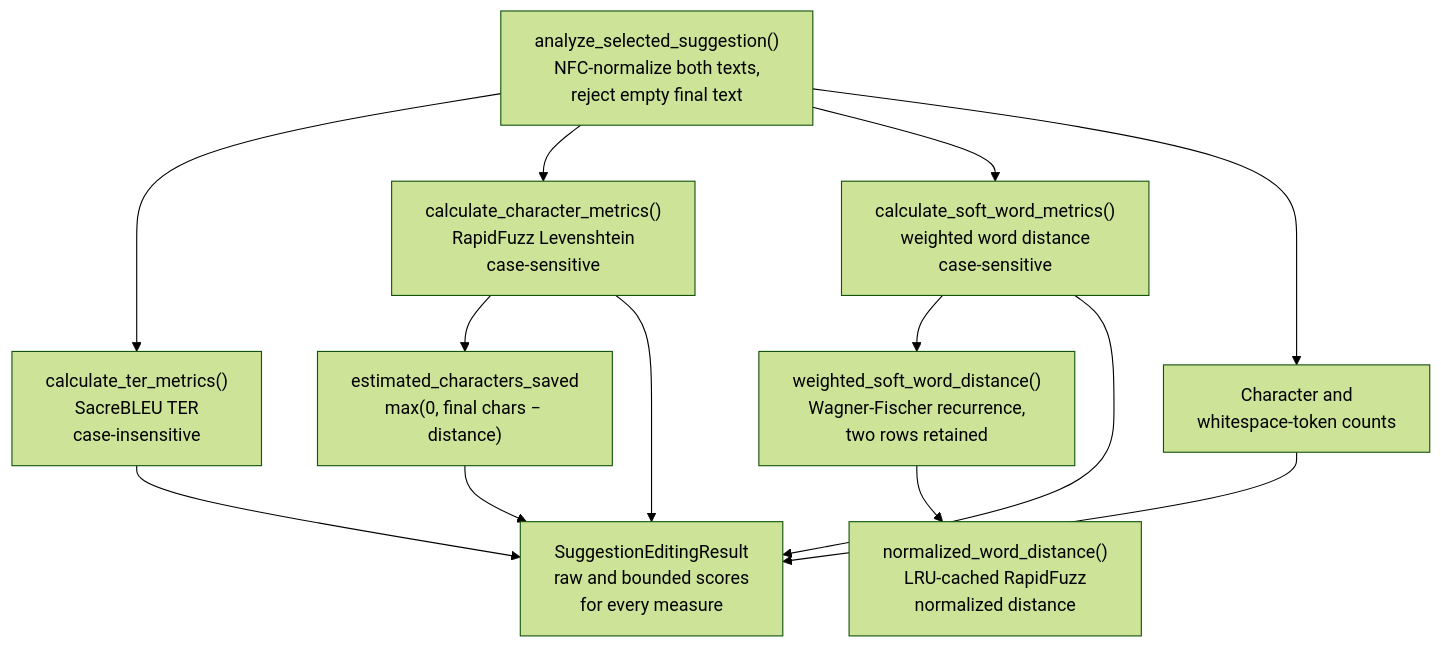
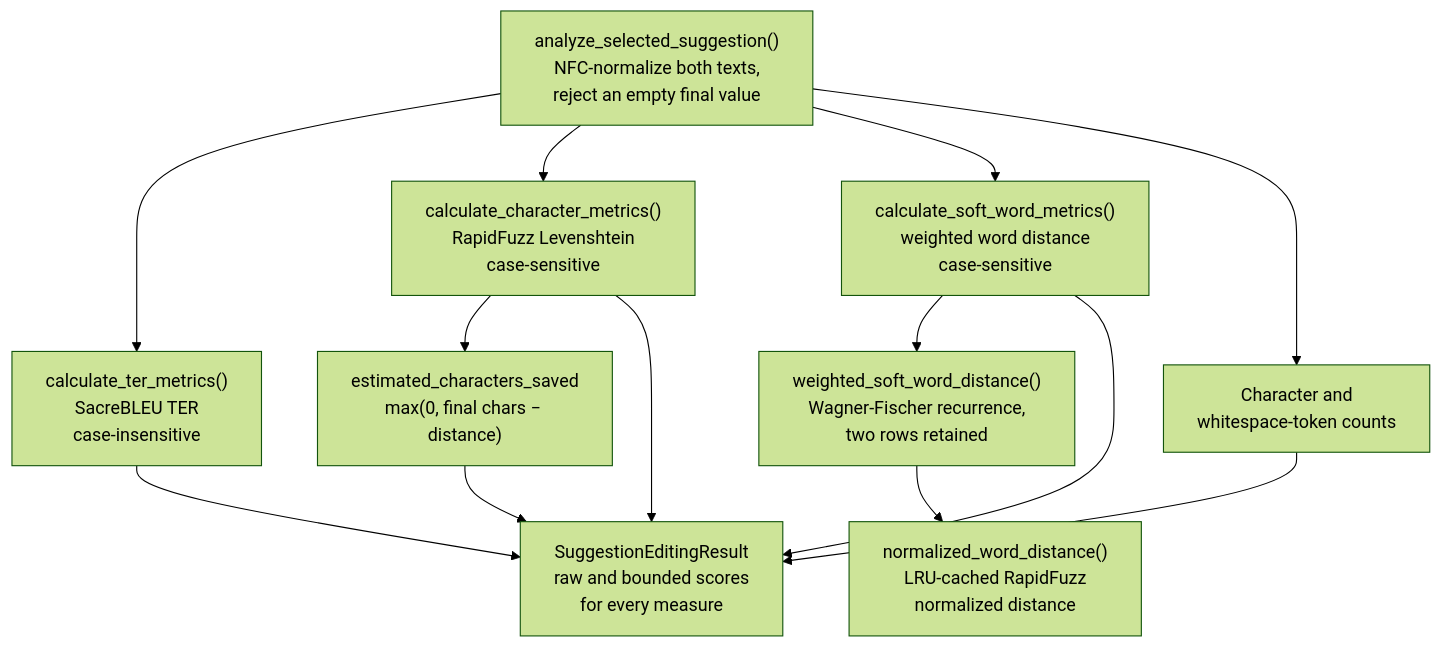
The fifth of 8 diagrams in docs/program-flow.md (umich-michr/michr-scripts), drawn with Mermaid (forest theme) before and after one commit. The commit also changed other lines of this file, not shown here.

Commit message:
docs: revise program flow for the narrowed library scope

````diff
--- a/docs/program-flow.md
+++ b/docs/program-flow.md
@@ -169,22 +173,22 @@
 ```mermaid
 flowchart TB
-    ENTRY["analyze_selected_suggestion()<br/>NFC-normalize both texts,<br/>reject empty final text"]
+    ENTRY["analyze_selected_suggestion()<br/>NFC-normalize both texts,<br/>reject an empty final value"]
 
     ENTRY --> TER["calculate_ter_metrics()<br/>SacreBLEU TER<br/>case-insensitive"]
     ENTRY --> CHAR["calculate_character_metrics()<br/>RapidFuzz Levenshtein<br/>case-sensitive"]
     ENTRY --> SOFT["calculate_soft_word_metrics()<br/>weighted word distance<br/>case-sensitive"]
     ENTRY --> LENGTHS["Character and<br/>whitespace-token counts"]
 
     SOFT --> DP["weighted_soft_word_distance()<br/>Wagner-Fischer recurrence,<br/>two rows retained"]
     DP --> WORD["normalized_word_distance()<br/>LRU-cached RapidFuzz<br/>normalized distance"]
 
     CHAR --> ABS["estimated_characters_saved<br/>max(0, final chars − distance)"]
 
     TER --> OUT
     CHAR --> OUT
     SOFT --> OUT
     LENGTHS --> OUT
     ABS --> OUT
 
     OUT["SuggestionEditingResult<br/>raw and bounded scores<br/>for every measure"]
 ```
````
